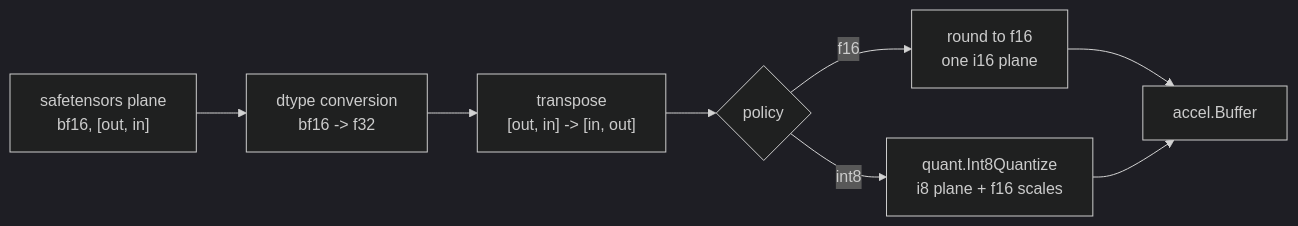
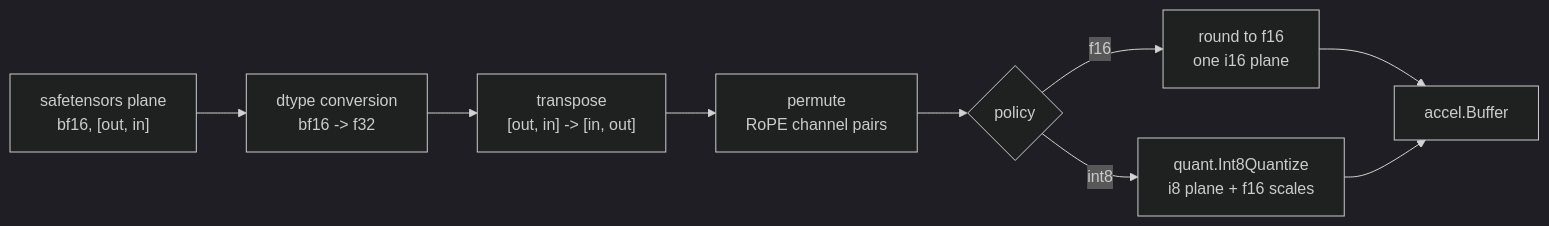
Before and after one commit to latere-ai/tgo: the first of 2 diagrams in specs/001-weights.md, drawn with Mermaid (dark theme). The commit also changed other lines of this file and 17 other files, not shown here.

````diff
--- a/specs/001-weights.md
+++ b/specs/001-weights.md
@@ -89,10 +95,11 @@
 ```mermaid
 flowchart LR
   A["safetensors plane<br/>bf16, [out, in]"] --> B["dtype conversion<br/>bf16 -> f32"]
   B --> C["transpose<br/>[out, in] -> [in, out]"]
-  C --> D{"policy"}
+  C --> P["permute<br/>RoPE channel pairs"]
+  P --> D{"policy"}
   D -->|f16| E["round to f16<br/>one i16 plane"]
   D -->|int8| F["quant.Int8Quantize<br/>i8 plane + f16 scales"]
   E --> G["accel.Buffer"]
   F --> G
 ```
````
